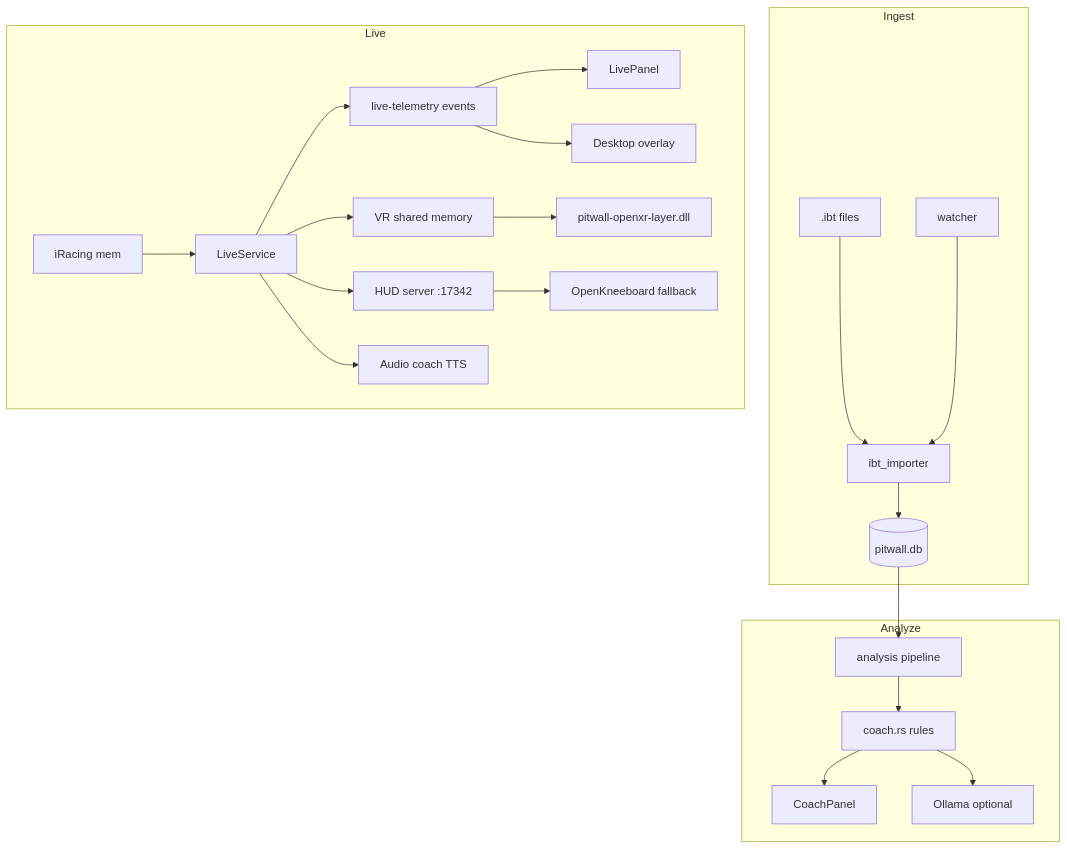
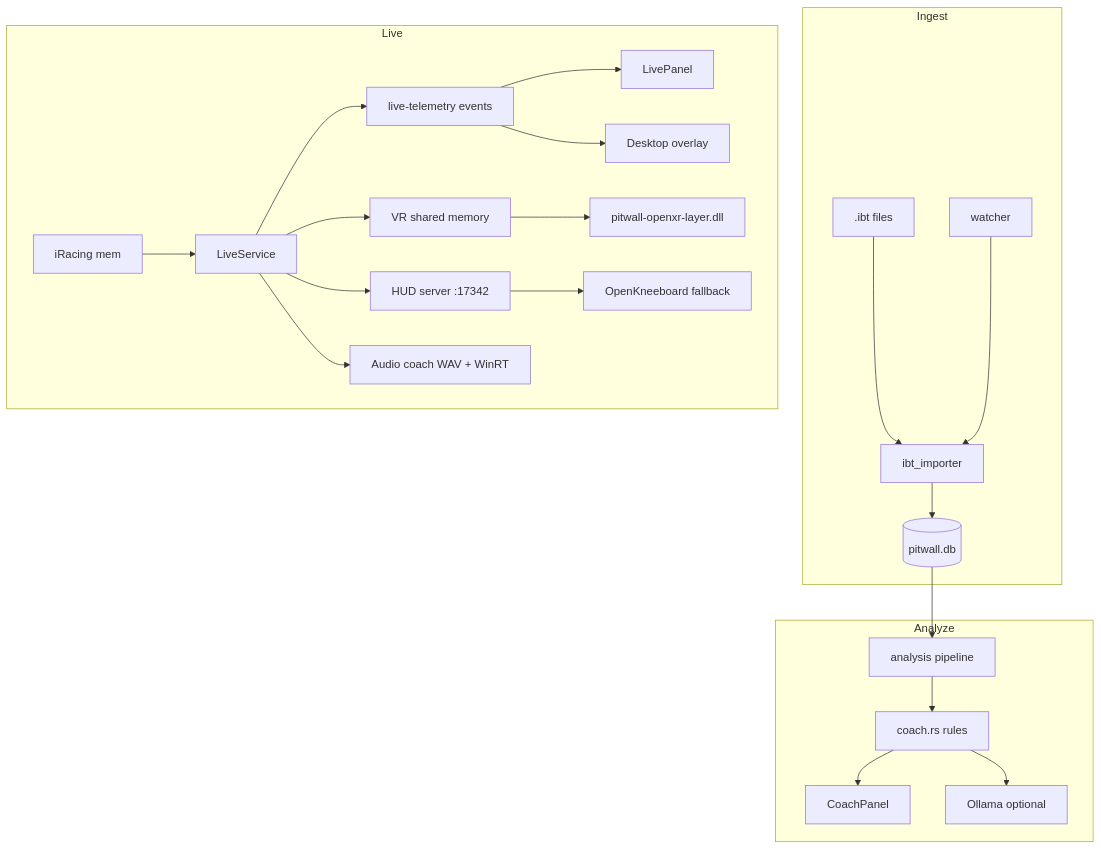
One commit to JacobKonkowski/pitwall-desktop changed the diagram in docs/ARCHITECTURE.md. Above: the diagram before and after it, drawn with Mermaid. The commit also changed other lines of this file and 106 other files, not shown here.

First line of the commit message:
Add documentation hub, Path B hybrid audio coach, and live sector tracking.

````diff
--- a/docs/ARCHITECTURE.md
+++ b/docs/ARCHITECTURE.md
@@ -13,25 +13,25 @@
 ```mermaid
 flowchart TB
   subgraph ingest [Ingest]
     IBT[.ibt files] --> Importer[ibt_importer]
     Watcher[watcher] --> Importer
     Importer --> DB[(pitwall.db)]
   end
   subgraph live [Live]
     iRacing[iRacing mem] --> LiveSvc[LiveService]
     LiveSvc --> Events[live-telemetry events]
     Events --> LiveUI[LivePanel]
     Events --> Overlay[Desktop overlay]
     LiveSvc --> ShmWriter[VR shared memory]
     ShmWriter --> OpenXRLayer[pitwall-openxr-layer.dll]
     LiveSvc --> HudServer[HUD server :17342]
     HudServer --> OpenKneeboard[OpenKneeboard fallback]
-    LiveSvc --> Audio[Audio coach TTS]
+    LiveSvc --> Audio[Audio coach WAV + WinRT]
   end
   subgraph analyze [Analyze]
     DB --> Pipeline[analysis pipeline]
     Pipeline --> Coach[coach.rs rules]
     Coach --> CoachUI[CoachPanel]
     Coach --> Ollama[Ollama optional]
   end
 ```
````
